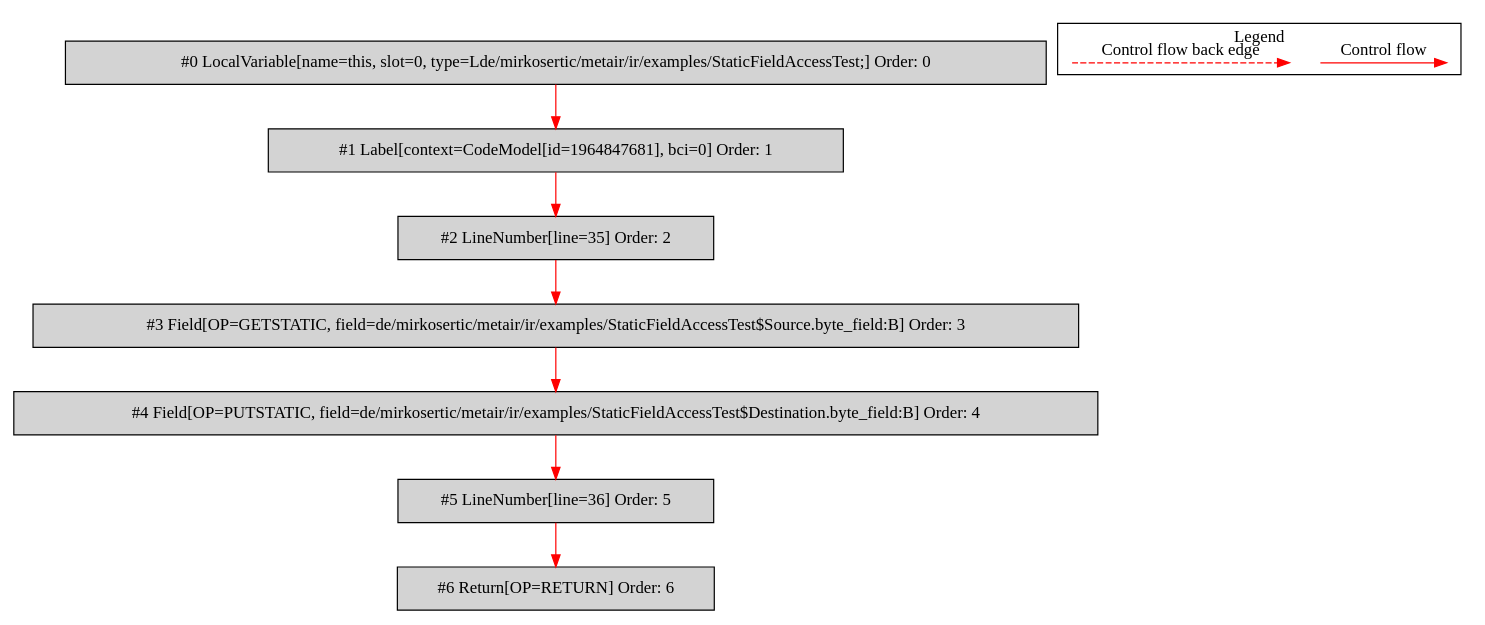
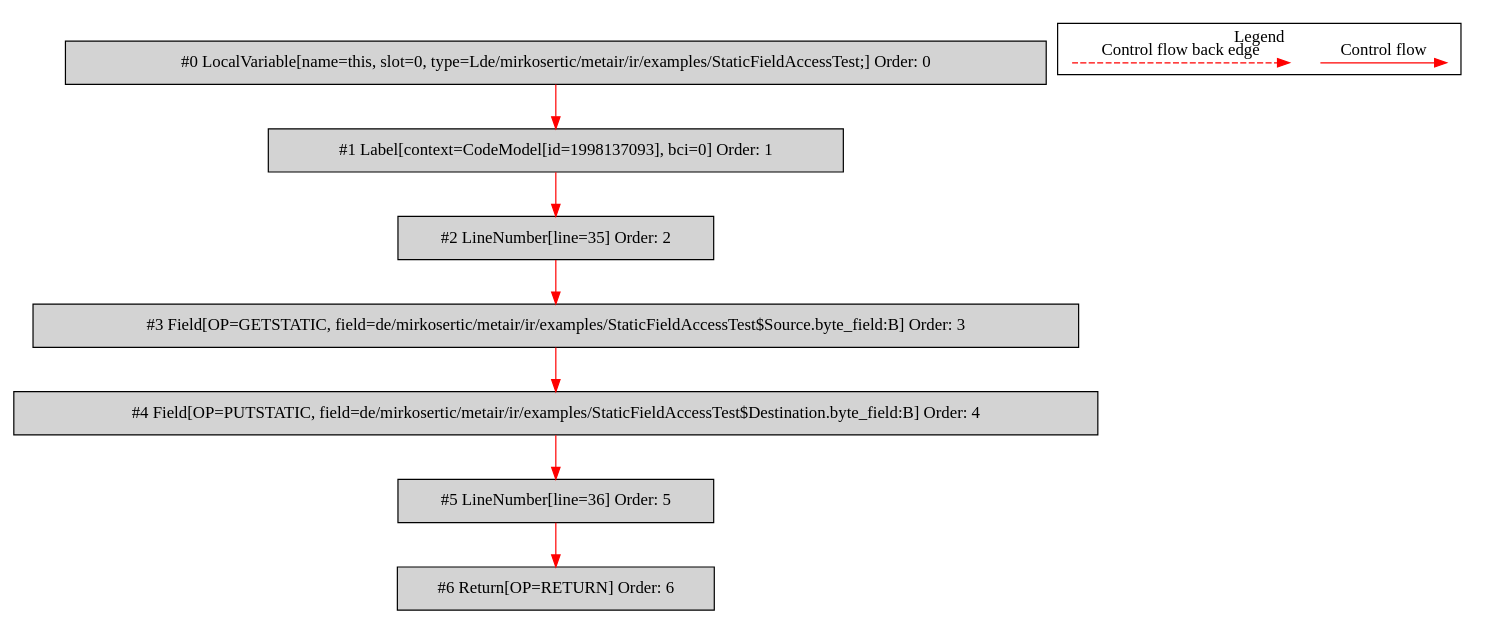
The diagram in de.mirkosertic.metair.ir.examples.StaticFieldAccessTest/copy_byte/bytecodecfg.dot (mirkosertic/MetaIR), drawn with Graphviz before and after one commit. The commit also changed 167 other files, not shown here.

```diff
--- a/de.mirkosertic.metair.ir.examples.StaticFieldAccessTest/copy_byte/bytecodecfg.dot
+++ b/de.mirkosertic.metair.ir.examples.StaticFieldAccessTest/copy_byte/bytecodecfg.dot
@@ -1,29 +1,29 @@
 digraph {
  node0[label="#0 LocalVariable[name=this, slot=0, type=Lde/mirkosertic/metair/ir/examples/StaticFieldAccessTest;] Order: 0", shape=box, fillcolor=lightgrey, style=filled];
- node1[label="#1 Label[context=CodeModel[id=1964847681], bci=0] Order: 1", shape=box, fillcolor=lightgrey, style=filled];
+ node1[label="#1 Label[context=CodeModel[id=1998137093], bci=0] Order: 1", shape=box, fillcolor=lightgrey, style=filled];
  node2[label="#2 LineNumber[line=35] Order: 2", shape=box, fillcolor=lightgrey, style=filled];
  node3[label="#3 Field[OP=GETSTATIC, field=de/mirkosertic/metair/ir/examples/StaticFieldAccessTest$Source.byte_field:B] Order: 3", shape=box, fillcolor=lightgrey, style=filled];
  node4[label="#4 Field[OP=PUTSTATIC, field=de/mirkosertic/metair/ir/examples/StaticFieldAccessTest$Destination.byte_field:B] Order: 4", shape=box, fillcolor=lightgrey, style=filled];
  node5[label="#5 LineNumber[line=36] Order: 5", shape=box, fillcolor=lightgrey, style=filled];
  node6[label="#6 Return[OP=RETURN] Order: 6", shape=box, fillcolor=lightgrey, style=filled];
  node0 -> node1[color=red];
  node1 -> node2[color=red];
  node2 -> node3[color=red];
  node3 -> node4[color=red];
  node4 -> node5[color=red];
  node5 -> node6[color=red];
  subgraph cluster_000 {
   label = "Legend";
   node [shape=point]
   {
    rank=same;
    c0 [style = invis];
    c1 [style = invis];
    c2 [style = invis];
    c3 [style = invis];
   }
   c0 -> c1 [label="Control flow", style=solid, color=red]
   c2 -> c3 [label="Control flow back edge", style=dashed, color=red]
  }
 
 }
```
